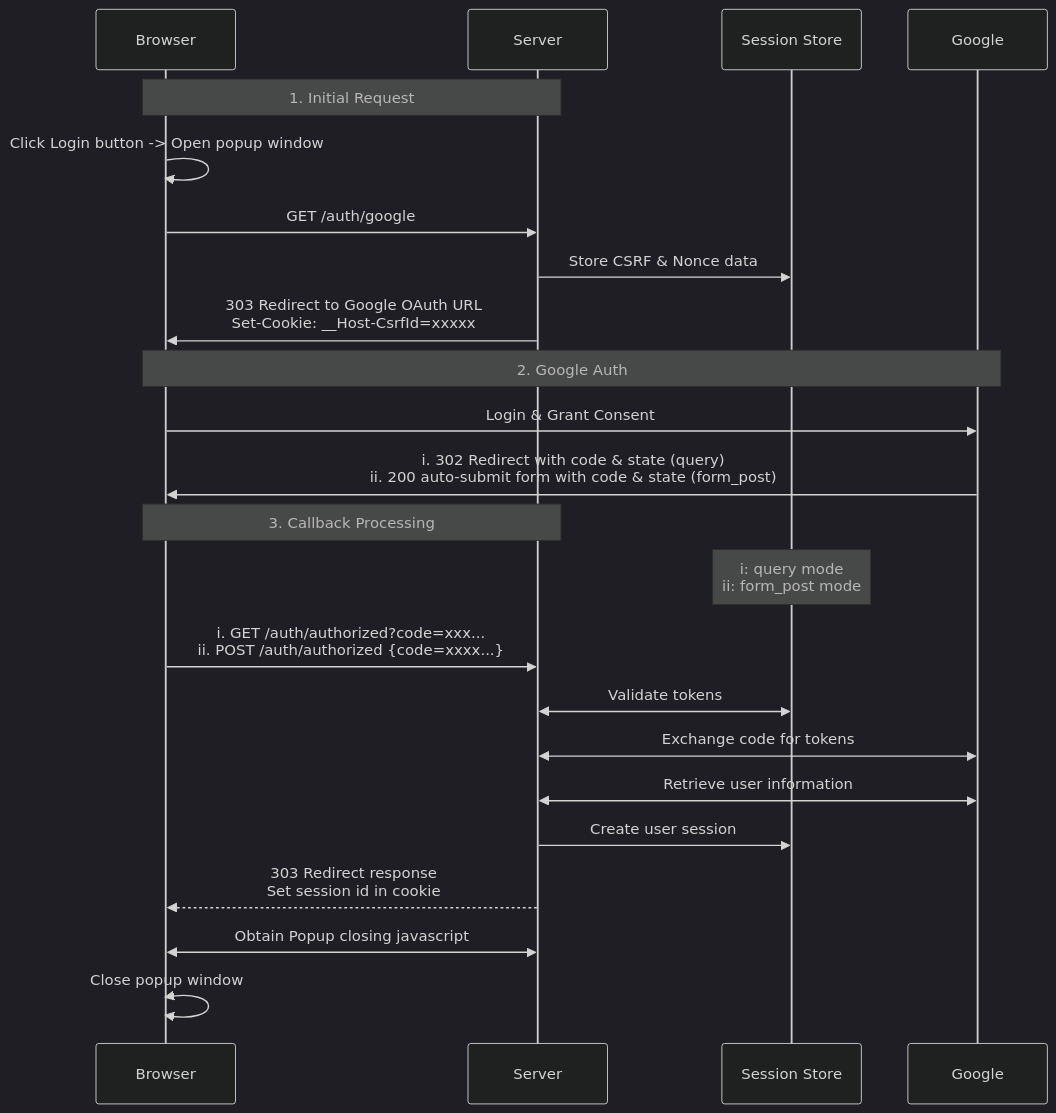
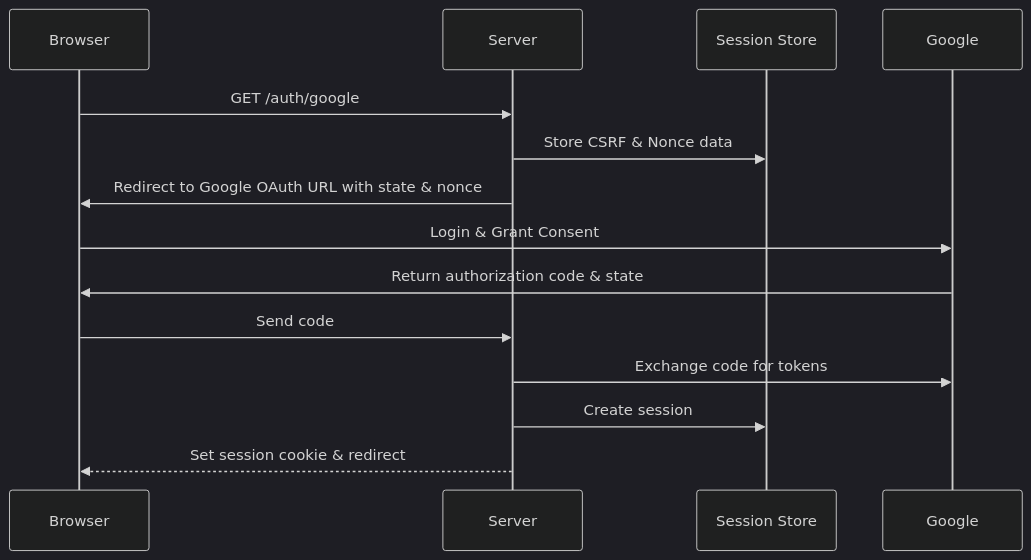
The second of 2 diagrams in 2024/Axum-Google-OAuth2-Login/Readme.en.md (ktaka-ccmp/ktaka.blog.ccmp.jp), drawn with Mermaid (dark theme) before and after one commit. The commit also changed other lines of this file, not shown here.

````diff
--- a/2024/Axum-Google-OAuth2-Login/Readme.en.md
+++ b/2024/Axum-Google-OAuth2-Login/Readme.en.md
@@ -88,28 +80,17 @@
 ```mermaid
 sequenceDiagram
     participant Browser
     participant Server
     participant Session Store
     participant Google
 
-    Note over Browser,Server: 1. Initial Request
-    Browser->>Browser: Click Login button -> Open popup window
     Browser->>Server: GET /auth/google
     Server->>Session Store: Store CSRF & Nonce data
-    Server->>Browser: 303 Redirect to Google OAuth URL<br/>Set-Cookie: __Host-CsrfId=xxxxx
-
-    Note over Browser,Google: 2. Google Auth
+    Server->>Browser: Redirect to Google OAuth URL with state & nonce
     Browser->>Google: Login & Grant Consent
-    Google->>Browser: i. 302 Redirect with code & state (query)<br/> ii. 200 auto-submit form with code & state (form_post)
-
-    Note over Browser,Server: 3. Callback Processing
-    Note over Session Store: i: query mode<br/>ii: form_post mode
-    Browser->>Server: i. GET /auth/authorized?code=xxx...<br/>ii. POST /auth/authorized {code=xxxx...}
-    Server<<->>Session Store: Validate tokens
-    Server<<->>Google: Exchange code for tokens
-    Server<<->>Google: Retrieve user information
-    Server->>Session Store: Create user session
-    Server-->>Browser: 303 Redirect response<br/>Set session id in cookie
-    Server<<->>Browser: Obtain Popup closing javascript
-    Browser<<->>Browser: Close popup window
+    Google->>Browser: Return authorization code & state
+    Browser->>Server: Send code
+    Server->>Google: Exchange code for tokens
+    Server->>Session Store: Create session
+    Server-->>Browser: Set session cookie & redirect
 ```
````
